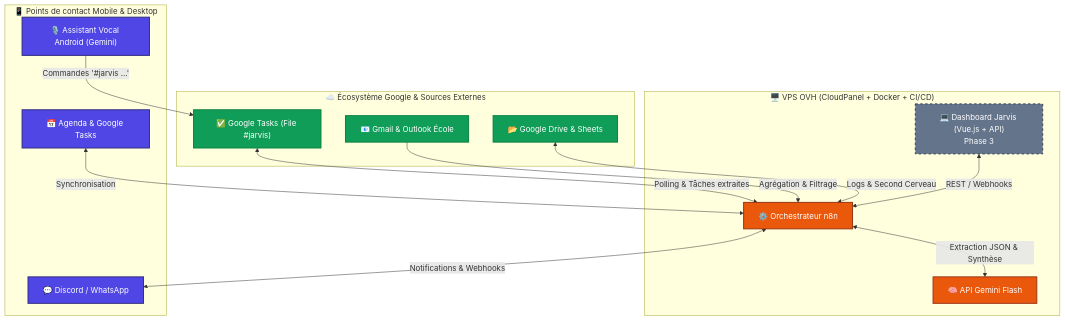
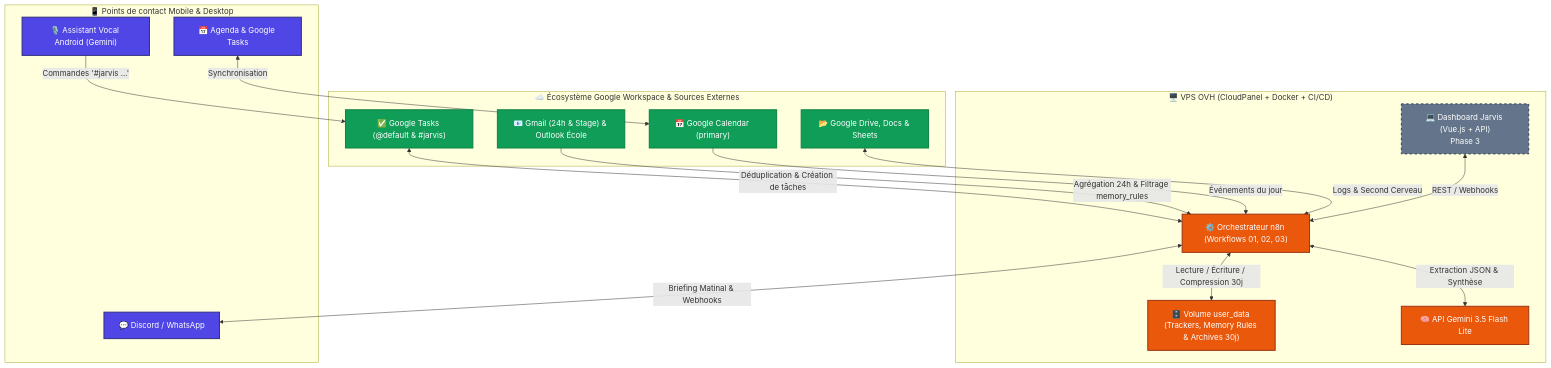
One commit to vicoescobar/jarvis-assistant changed the diagram in docs/achitecture.mmd. Above: the diagram before and after it, drawn with Mermaid. The commit also changed 6 other files, not shown here.

```diff
--- a/docs/achitecture.mmd
+++ b/docs/achitecture.mmd
@@ -1,32 +1,36 @@
 flowchart TB
     classDef user fill:#4F46E5,stroke:#312E81,stroke-width:2px,color:#fff
     classDef google fill:#0F9D58,stroke:#0B8043,stroke-width:2px,color:#fff
     classDef vps fill:#EA580C,stroke:#9A3412,stroke-width:2px,color:#fff
     classDef future fill:#64748B,stroke:#334155,stroke-width:2px,stroke-dasharray: 5 5,color:#fff
 
     subgraph CLIENT ["📱 Points de contact Mobile & Desktop"]
         VOICE["🎙️ Assistant Vocal Android (Gemini)"]:::user
         CHAT["💬 Discord / WhatsApp"]:::user
         CAL["📅 Agenda & Google Tasks"]:::user
     end
 
-    subgraph CLOUD ["☁️ Écosystème Google & Sources Externes"]
-        GMAIL["📧 Gmail & Outlook École"]:::google
-        GTASKS["✅ Google Tasks (File #jarvis)"]:::google
-        GDRIVE["📂 Google Drive & Sheets"]:::google
+    subgraph CLOUD ["☁️ Écosystème Google Workspace & Sources Externes"]
+        GMAIL["📧 Gmail (24h & Stage) & Outlook École"]:::google
+        GCAL["📅 Google Calendar (primary)"]:::google
+        GTASKS["✅ Google Tasks (@default & #jarvis)"]:::google
+        GDRIVE["📂 Google Drive, Docs & Sheets"]:::google
     end
 
     subgraph VPS ["🖥️ VPS OVH (CloudPanel + Docker + CI/CD)"]
-        N8N["⚙️ Orchestrateur n8n"]:::vps
-        GEMINI["🧠 API Gemini Flash"]:::vps
+        N8N["⚙️ Orchestrateur n8n (Workflows 01, 02, 03)"]:::vps
+        USERDATA["🗄️ Volume user_data (Trackers, Memory Rules & Archives 30j)"]:::vps
+        GEMINI["🧠 API Gemini 3.5 Flash Lite"]:::vps
         DASH["💻 Dashboard Jarvis (Vue.js + API)<br/>Phase 3"]:::future
     end
 
     VOICE -->|"Commandes '#jarvis ...'"| GTASKS
-    GTASKS <-->|"Polling & Tâches extraites"| N8N
-    GMAIL -->|"Agrégation & Filtrage"| N8N
-    CAL <-->|"Synchronisation"| N8N
+    GTASKS <-->|"Déduplication & Création de tâches"| N8N
+    GMAIL -->|"Agrégation 24h & Filtrage memory_rules"| N8N
+    GCAL -->|"Événements du jour"| N8N
+    CAL <-->|"Synchronisation"| GCAL
     GDRIVE <-->|"Logs & Second Cerveau"| N8N
+    N8N <-->|"Lecture / Écriture / Compression 30j"| USERDATA
     N8N <-->|"Extraction JSON & Synthèse"| GEMINI
-    N8N <-->|"Notifications & Webhooks"| CHAT
+    N8N <-->|"Briefing Matinal & Webhooks"| CHAT
     DASH <-->|"REST / Webhooks"| N8N
```
